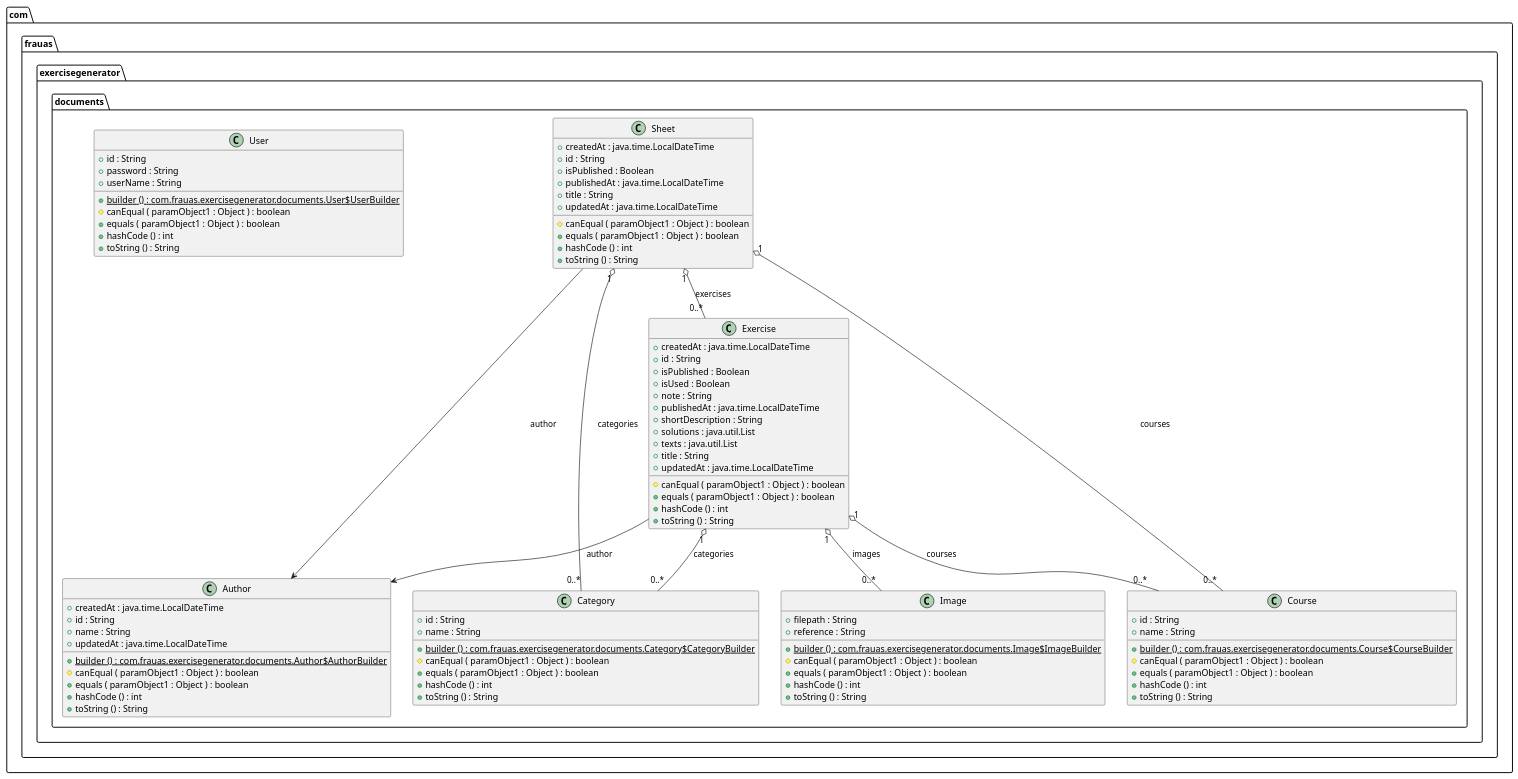
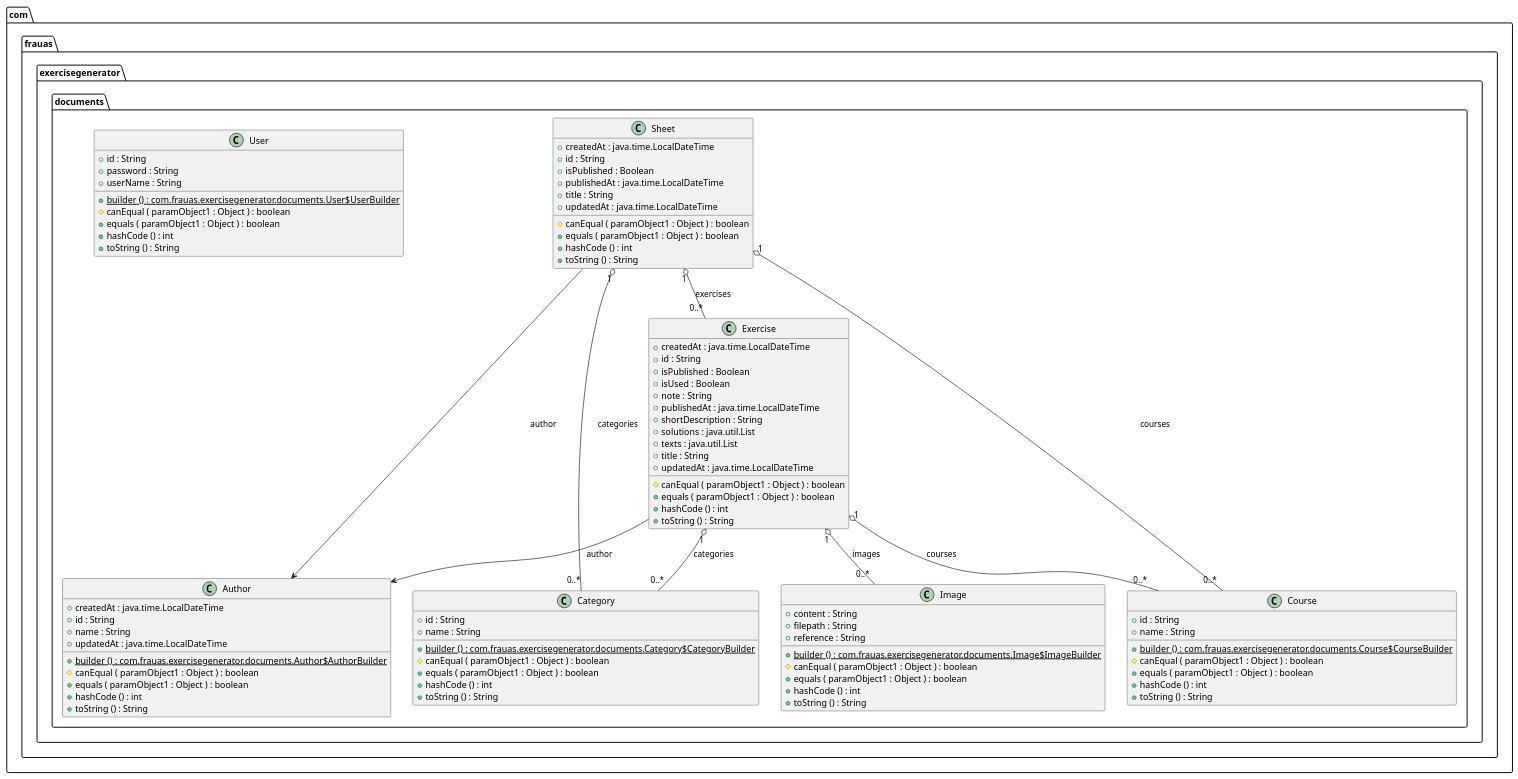
One commit to CarlaHofmann/exercise-generator-be changed the diagram in doc/diagram.puml. Above: the diagram before and after it, drawn with PlantUML. The commit also changed 2 other files, not shown here.

```diff
--- a/doc/diagram.puml
+++ b/doc/diagram.puml
@@ -1,106 +1,107 @@
 @startuml
 
 class com.frauas.exercisegenerator.documents.Author {
 	{field} +createdAt : java.time.LocalDateTime
 	{field} +id : String
 	{field} +name : String
 	{field} +updatedAt : java.time.LocalDateTime
 	{method}  {static} +builder () : com.frauas.exercisegenerator.documents.Author$AuthorBuilder
 	{method} #canEqual ( paramObject1 : Object ) : boolean
 	{method} +equals ( paramObject1 : Object ) : boolean
 	{method} +hashCode () : int
 	{method} +toString () : String
 }
 
 
 class com.frauas.exercisegenerator.documents.Category {
 	{field} +id : String
 	{field} +name : String
 	{method}  {static} +builder () : com.frauas.exercisegenerator.documents.Category$CategoryBuilder
 	{method} #canEqual ( paramObject1 : Object ) : boolean
 	{method} +equals ( paramObject1 : Object ) : boolean
 	{method} +hashCode () : int
 	{method} +toString () : String
 }
 
 
 class com.frauas.exercisegenerator.documents.Course {
 	{field} +id : String
 	{field} +name : String
 	{method}  {static} +builder () : com.frauas.exercisegenerator.documents.Course$CourseBuilder
 	{method} #canEqual ( paramObject1 : Object ) : boolean
 	{method} +equals ( paramObject1 : Object ) : boolean
 	{method} +hashCode () : int
 	{method} +toString () : String
 }
 
 
 class com.frauas.exercisegenerator.documents.Exercise {
 	{field} +createdAt : java.time.LocalDateTime
 	{field} +id : String
 	{field} +isPublished : Boolean
 	{field} +isUsed : Boolean
 	{field} +note : String
 	{field} +publishedAt : java.time.LocalDateTime
 	{field} +shortDescription : String
 	{field} +solutions : java.util.List
 	{field} +texts : java.util.List
 	{field} +title : String
 	{field} +updatedAt : java.time.LocalDateTime
 	{method} #canEqual ( paramObject1 : Object ) : boolean
 	{method} +equals ( paramObject1 : Object ) : boolean
 	{method} +hashCode () : int
 	{method} +toString () : String
 }
 
 
 class com.frauas.exercisegenerator.documents.Image {
+	{field} +content : String
 	{field} +filepath : String
 	{field} +reference : String
 	{method}  {static} +builder () : com.frauas.exercisegenerator.documents.Image$ImageBuilder
 	{method} #canEqual ( paramObject1 : Object ) : boolean
 	{method} +equals ( paramObject1 : Object ) : boolean
 	{method} +hashCode () : int
 	{method} +toString () : String
 }
 
 
 class com.frauas.exercisegenerator.documents.Sheet {
 	{field} +createdAt : java.time.LocalDateTime
 	{field} +id : String
 	{field} +isPublished : Boolean
 	{field} +publishedAt : java.time.LocalDateTime
 	{field} +title : String
 	{field} +updatedAt : java.time.LocalDateTime
 	{method} #canEqual ( paramObject1 : Object ) : boolean
 	{method} +equals ( paramObject1 : Object ) : boolean
 	{method} +hashCode () : int
 	{method} +toString () : String
 }
 
 
 class com.frauas.exercisegenerator.documents.User {
 	{field} +id : String
 	{field} +password : String
 	{field} +userName : String
 	{method}  {static} +builder () : com.frauas.exercisegenerator.documents.User$UserBuilder
 	{method} #canEqual ( paramObject1 : Object ) : boolean
 	{method} +equals ( paramObject1 : Object ) : boolean
 	{method} +hashCode () : int
 	{method} +toString () : String
 }
 
 
 
 
 com.frauas.exercisegenerator.documents.Exercise "1" o-- "0..*"  com.frauas.exercisegenerator.documents.Category : categories
 com.frauas.exercisegenerator.documents.Exercise "1" o-- "0..*"  com.frauas.exercisegenerator.documents.Course : courses
 com.frauas.exercisegenerator.documents.Exercise "1" o-- "0..*"  com.frauas.exercisegenerator.documents.Image : images
 com.frauas.exercisegenerator.documents.Exercise -->  com.frauas.exercisegenerator.documents.Author : author
 com.frauas.exercisegenerator.documents.Sheet "1" o-- "0..*"  com.frauas.exercisegenerator.documents.Category : categories
 com.frauas.exercisegenerator.documents.Sheet "1" o-- "0..*"  com.frauas.exercisegenerator.documents.Course : courses
 com.frauas.exercisegenerator.documents.Sheet "1" o-- "0..*"  com.frauas.exercisegenerator.documents.Exercise : exercises
 com.frauas.exercisegenerator.documents.Sheet -->  com.frauas.exercisegenerator.documents.Author : author
 
 
 @enduml
```
